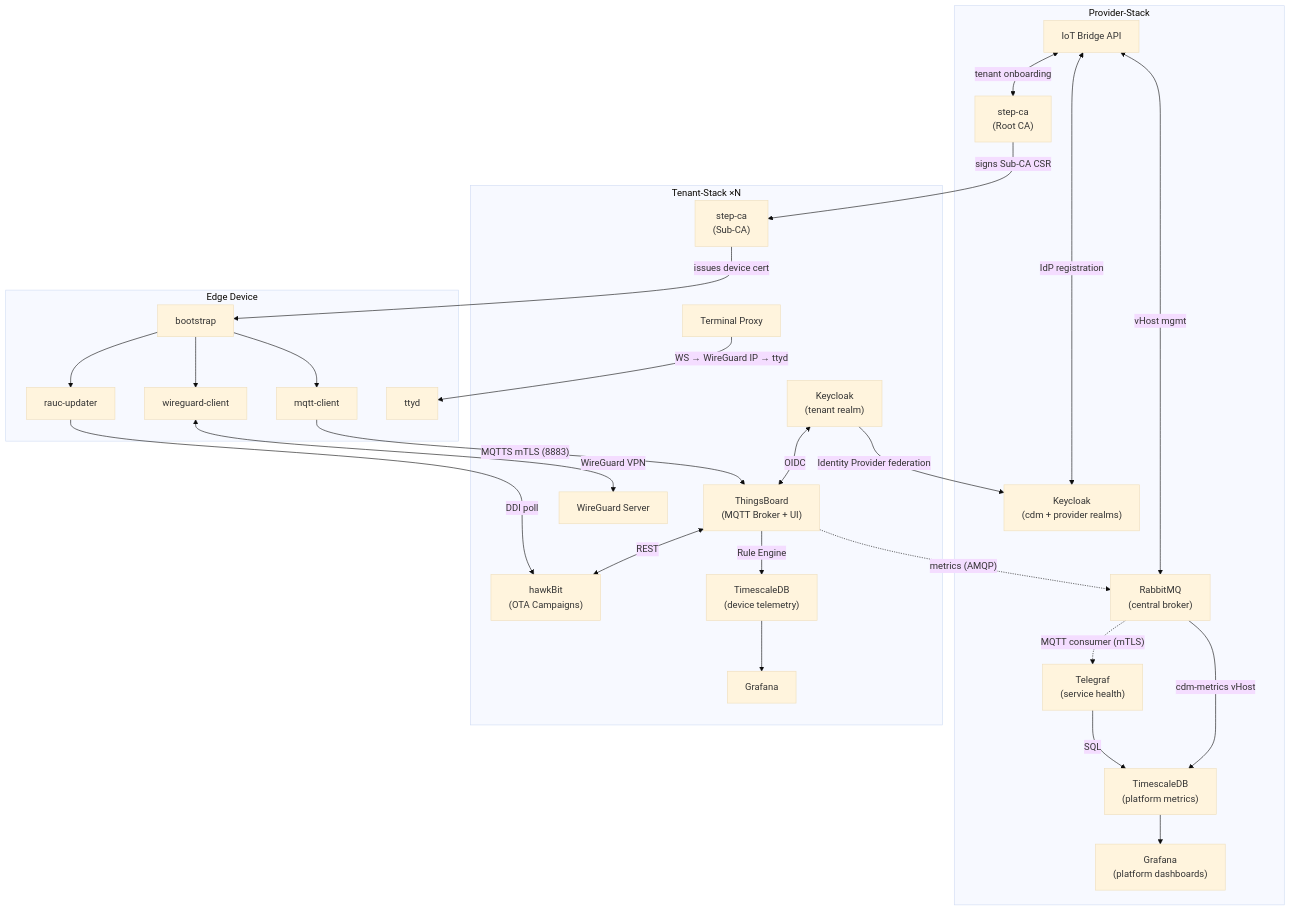
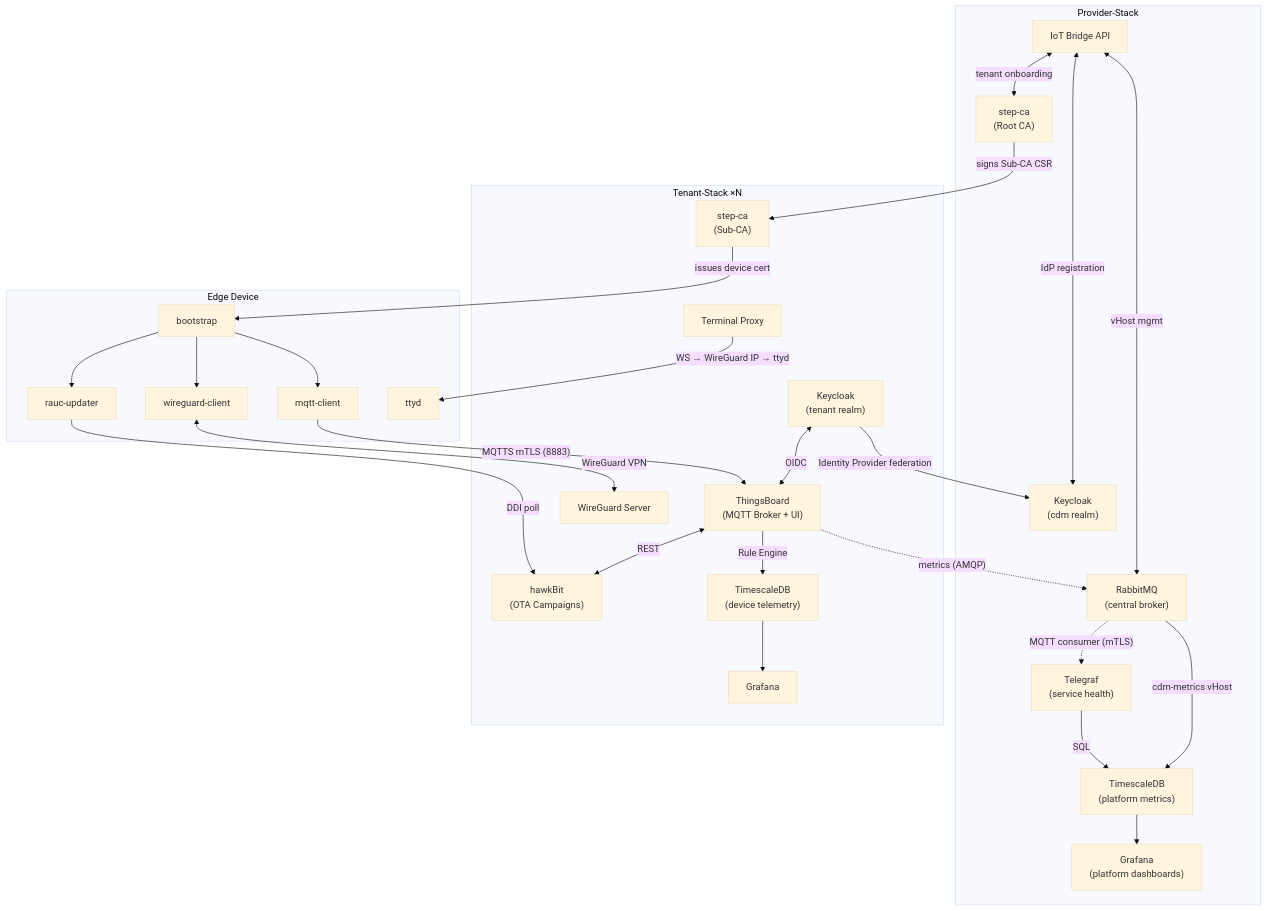
Before and after one commit to the78mole/complete-device-management: the first of 5 diagrams in docs/architecture/index.md, drawn with Mermaid (base theme). The commit also changed 10 other files, not shown here.

First line of the commit message:
docs: update all references from two-realm (cdm+provider) to single cdm realm

````diff
--- a/docs/architecture/index.md
+++ b/docs/architecture/index.md
@@ -17,64 +17,64 @@
 ```mermaid
 graph TB
     subgraph provider["Provider-Stack"]
-        KC_P["Keycloak<br>(cdm + provider realms)"]
+        KC_P["Keycloak<br>(cdm realm)"]
         RMQ["RabbitMQ<br>(central broker)"]
         TLG["Telegraf<br>(service health)"]
         IDB_P["TimescaleDB<br>(platform metrics)"]
         GRF_P["Grafana<br>(platform dashboards)"]
         SCA_P["step-ca<br>(Root CA)"]
         IBA["IoT Bridge API"]
     end
 
     subgraph tenant["Tenant-Stack  ×N"]
         KC_T["Keycloak<br>(tenant realm)"]
         TB["ThingsBoard<br>(MQTT Broker + UI)"]
         HB["hawkBit<br>(OTA Campaigns)"]
         SCA_T["step-ca<br>(Sub-CA)"]
         WGS["WireGuard Server"]
         IDB_T["TimescaleDB<br>(device telemetry)"]
         GRF_T["Grafana"]
         TXP["Terminal Proxy"]
 
         KC_T <-->|OIDC| TB
         TB <-->|REST| HB
         TB -->|Rule Engine| IDB_T
         IDB_T --> GRF_T
     end
 
     subgraph device["Edge Device"]
         BST["bootstrap"]
         WGC["wireguard-client"]
         MQC["mqtt-client"]
         RAU["rauc-updater"]
         TTD["ttyd"]
         BST --> WGC
         BST --> MQC
         BST --> RAU
     end
 
     %% PKI chain
     SCA_P -->|"signs Sub-CA CSR"| SCA_T
     SCA_T -->|"issues device cert"| BST
 
     %% Keycloak federation
     KC_T -->|"Identity Provider federation"| KC_P
 
     %% Device connections
     MQC -->|"MQTTS mTLS (8883)"| TB
     WGC <-->|"WireGuard VPN"| WGS
     RAU -->|"DDI poll"| HB
     TXP -->|"WS → WireGuard IP → ttyd"| TTD
 
     %% Tenant → Provider
     TB -.->|"metrics (AMQP)"| RMQ
     RMQ -->|"cdm-metrics vHost"| IDB_P
     RMQ -.->|"MQTT consumer (mTLS)"| TLG
     TLG -->|"SQL"| IDB_P
     IDB_P --> GRF_P
 
     %% Management
     IBA <-->|"tenant onboarding"| SCA_P
     IBA <-->|"vHost mgmt"| RMQ
     IBA <-->|"IdP registration"| KC_P
 ```
````
